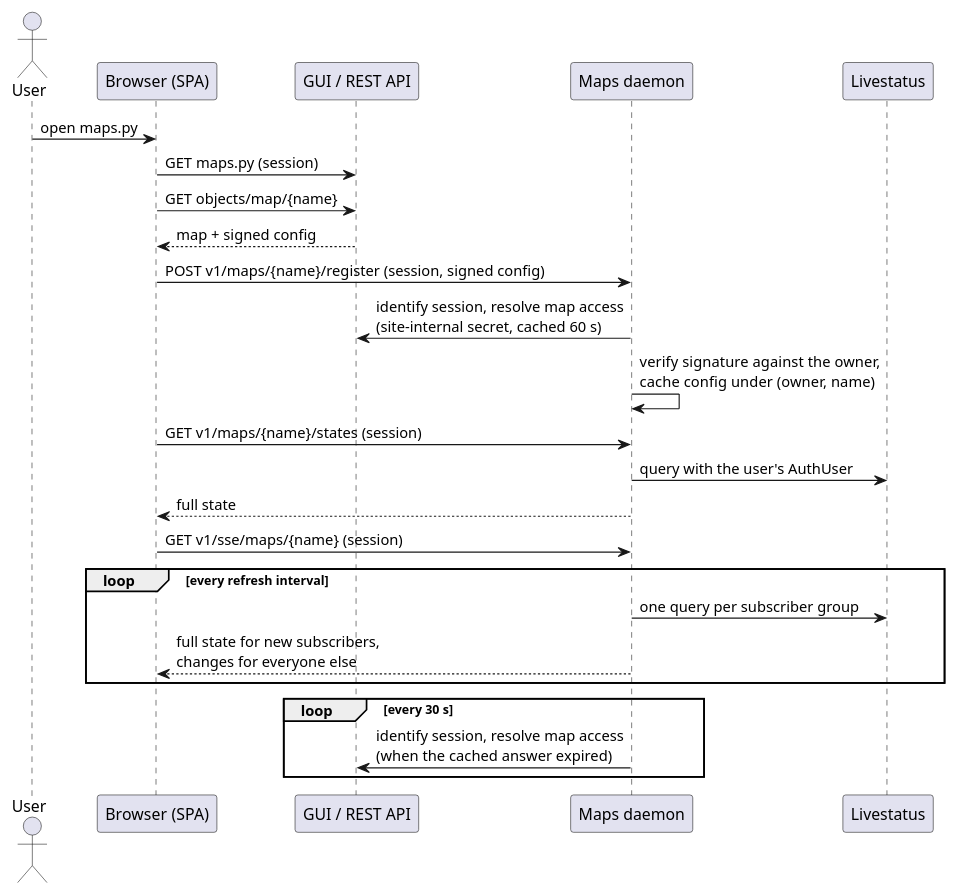
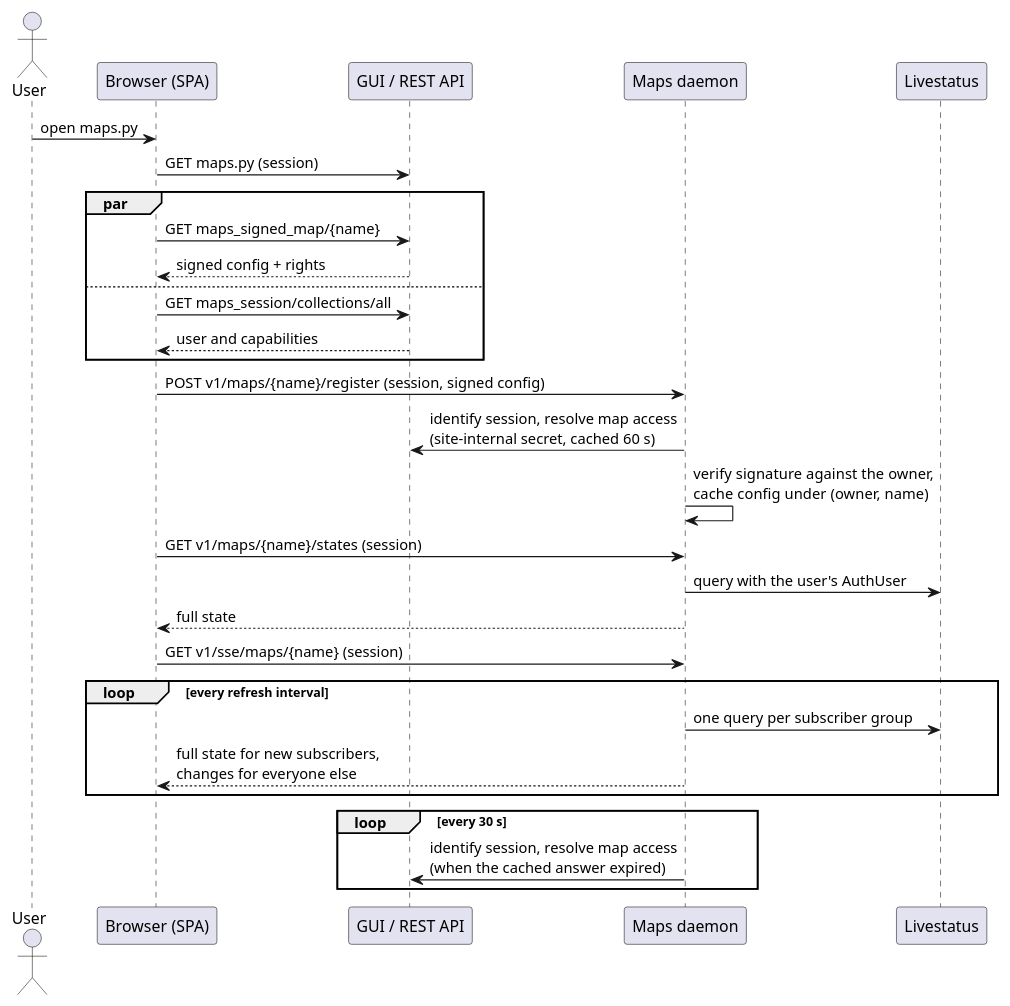
The second of 2 diagrams in doc/documentation/arch-comp-maps.rst (Checkmk/checkmk), drawn with PlantUML before and after one commit. The commit also changed other lines of this file and 27 other files, not shown here.

First line of the commit message:
Maps: open a map faster

```diff
--- a/doc/documentation/arch-comp-maps.rst
+++ b/doc/documentation/arch-comp-maps.rst
@@ -1042,26 +1048,31 @@
 .. uml::
 
     actor User
     participant "Browser (SPA)" as spa
     participant "GUI / REST API" as gui
     participant "Maps daemon" as daemon
     participant Livestatus as ls
 
     User -> spa : open maps.py
     spa -> gui : GET maps.py (session)
-    spa -> gui : GET objects/map/{name}
-    gui --> spa : map + signed config
+    par
+        spa -> gui : GET maps_signed_map/{name}
+        gui --> spa : signed config + rights
+    else
+        spa -> gui : GET maps_session/collections/all
+        gui --> spa : user and capabilities
+    end
     spa -> daemon : POST v1/maps/{name}/register (session, signed config)
     daemon -> gui : identify session, resolve map access\n(site-internal secret, cached 60 s)
     daemon -> daemon : verify signature against the owner,\ncache config under (owner, name)
     spa -> daemon : GET v1/maps/{name}/states (session)
     daemon -> ls : query with the user's AuthUser
     daemon --> spa : full state
     spa -> daemon : GET v1/sse/maps/{name} (session)
     loop every refresh interval
         daemon -> ls : one query per subscriber group
         daemon --> spa : full state for new subscribers,\nchanges for everyone else
     end
     loop every 30 s
         daemon -> gui : identify session, resolve map access\n(when the cached answer expired)
     end
```
